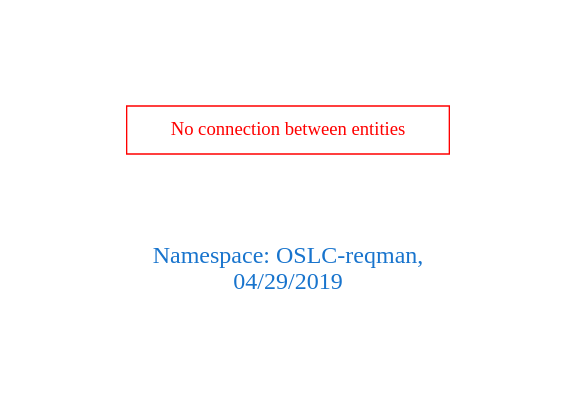
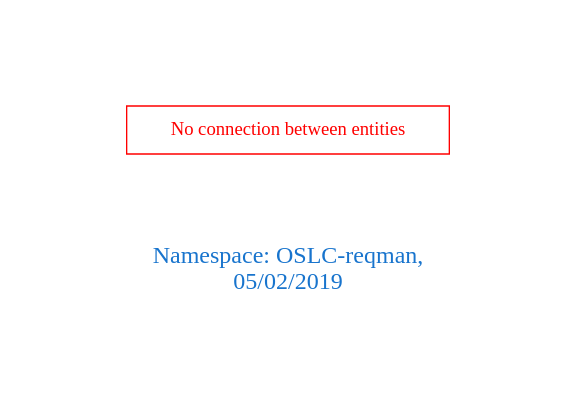
The diagram in downloads/OSLC-reqman.dot (arago/OGIT), drawn with Graphviz before and after one commit. The commit also changed 1372 other files, not shown here.

```diff
--- a/downloads/OSLC-reqman.dot
+++ b/downloads/OSLC-reqman.dot
@@ -1,9 +1,9 @@
 digraph OGIT_ontology {
  graph [ rankdir= LR,pad=1 
 fontsize = 18,
-fontcolor= dodgerblue3,label = "\n\n\nNamespace: OSLC-reqman, \n 04/29/2019"];
+fontcolor= dodgerblue3,label = "\n\n\nNamespace: OSLC-reqman, \n 05/02/2019"];
 node[shape=polygon];
 edge [  color="gray81"];
 
 "No connection between entities" [fontcolor = "red",color="red", shape="polygon"]
 }
```
